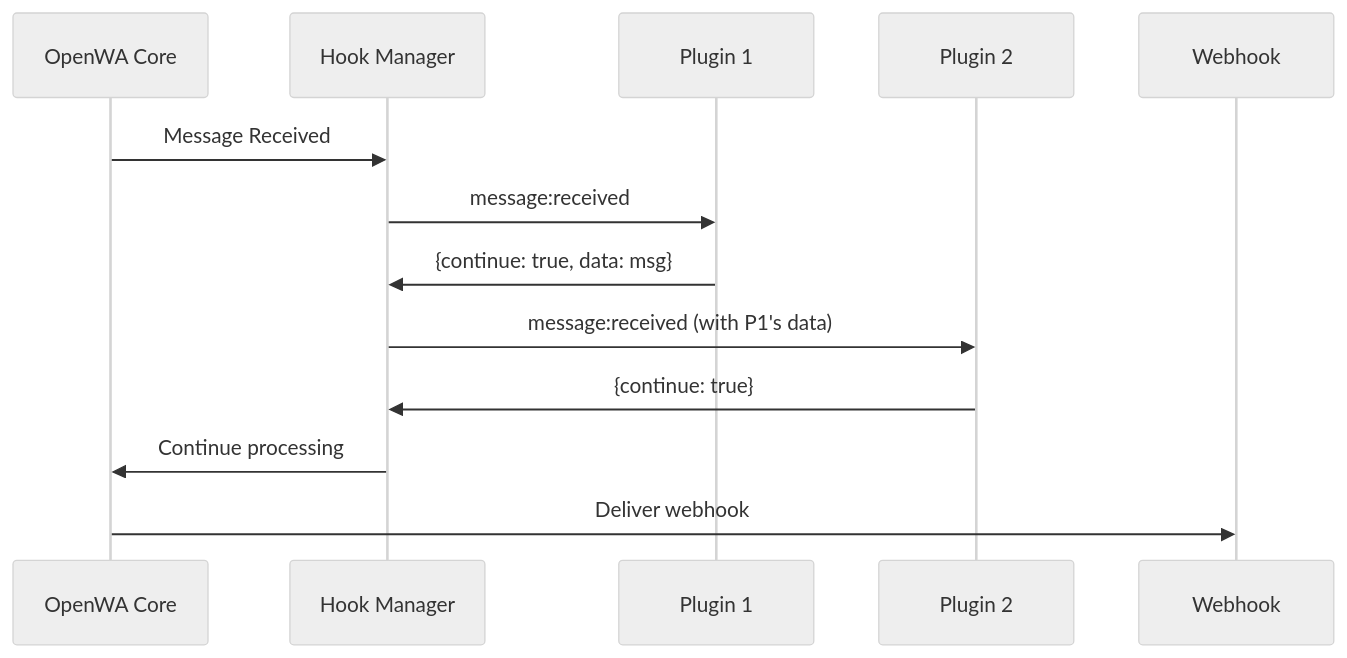
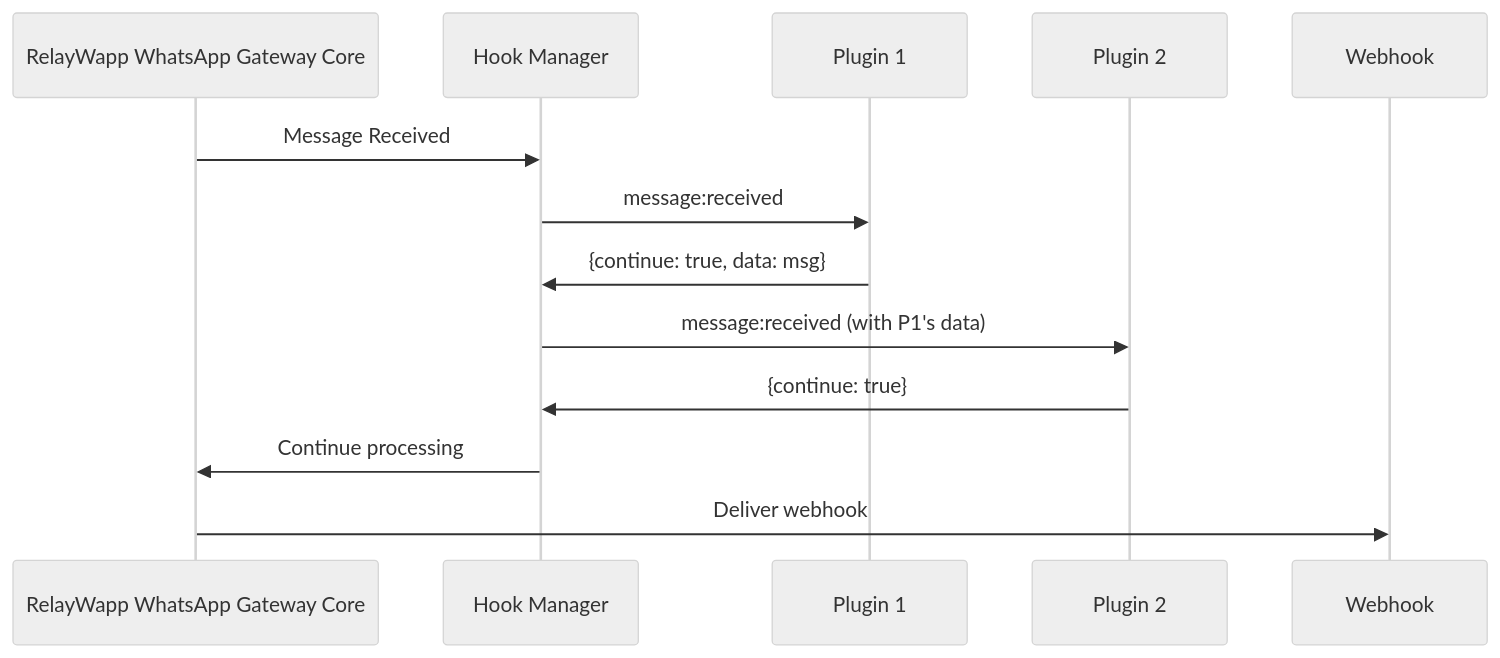
One commit to FaisalKabirGalib/whitelabel-whatsapp-gateway changed the third of 3 diagrams in docs/19-plugin-architecture.md. Above: the diagram before and after it, drawn with Mermaid (neutral theme). The commit also changed other lines of this file and 51 other files, not shown here.

Commit message:
docs: rebrand documentation for RelayWapp

````diff
--- a/docs/19-plugin-architecture.md
+++ b/docs/19-plugin-architecture.md
@@ -380,16 +380,16 @@
 ```mermaid
 sequenceDiagram
-    participant Core as OpenWA Core
+    participant Core as RelayWapp WhatsApp Gateway Core
     participant HM as Hook Manager
     participant P1 as Plugin 1
     participant P2 as Plugin 2
     participant WH as Webhook
 
     Core->>HM: Message Received
     HM->>P1: message:received
     P1->>HM: {continue: true, data: msg}
     HM->>P2: message:received (with P1's data)
     P2->>HM: {continue: true}
     HM->>Core: Continue processing
     Core->>WH: Deliver webhook
 ```
````
